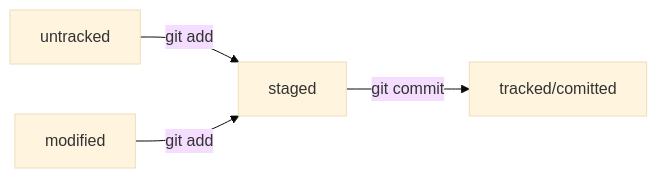
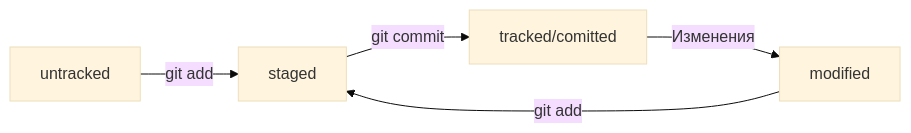
Before and after one commit to nojohnbond/practical-work-1: the diagram in README.md, drawn with Mermaid (base theme).

Commit message:
Тестируем mermaid схему-4

````diff
--- a/README.md
+++ b/README.md
@@ -249,8 +249,9 @@
 ```mermaid
 graph LR;
   untracked -- "git add" --> staged;
   staged    -- "git commit"     --> tracked/comitted;
 
 %% вариант изменения отслеживаемого файла: 
   modified -- "git add" --> staged;
+  tracked/comitted -- "Изменения" --> modified;
 ```
````
